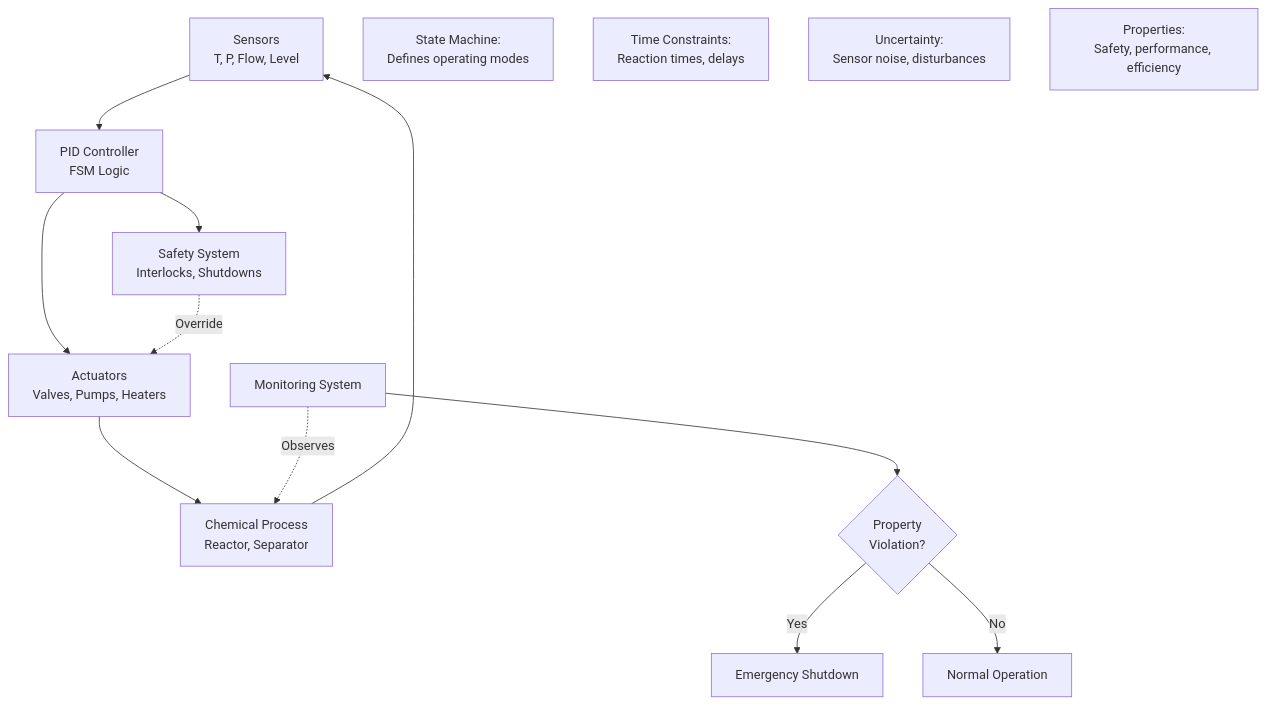
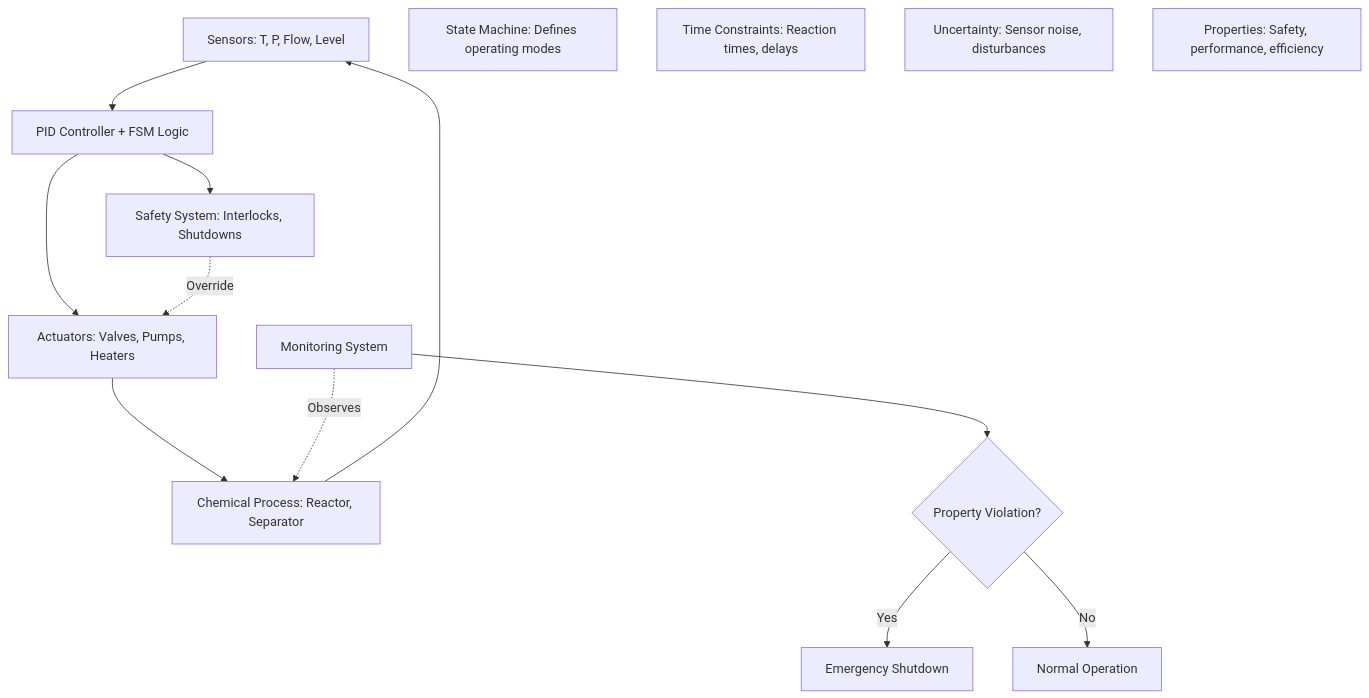
One commit to bhi5hmaraj/ai-risk-ttx changed diagram 12 of 13 in research/ai_futures/eli/engineering_graduate.md. Above: the diagram before and after it, drawn with Mermaid. The commit also changed other lines of this file and 8 other files, not shown here.

First line of the commit message:
fix: Remove all <br/> tags from Mermaid diagrams and add validation

````diff
--- a/research/ai_futures/eli/engineering_graduate.md
+++ b/research/ai_futures/eli/engineering_graduate.md
@@ -497,21 +497,21 @@
 ```mermaid
 flowchart TD
-    Sensors[Sensors<br/>T, P, Flow, Level]
-    --> Controller[PID Controller<br/>FSM Logic]
-    --> Actuators[Actuators<br/>Valves, Pumps, Heaters]
-    --> Process[Chemical Process<br/>Reactor, Separator]
+    Sensors[Sensors: T, P, Flow, Level]
+    --> Controller[PID Controller + FSM Logic]
+    --> Actuators[Actuators: Valves, Pumps, Heaters]
+    --> Process[Chemical Process: Reactor, Separator]
     --> Sensors
 
-    Controller --> Safety[Safety System<br/>Interlocks, Shutdowns]
+    Controller --> Safety[Safety System: Interlocks, Shutdowns]
     Safety -.->|Override| Actuators
 
     Monitor[Monitoring System] -.->|Observes| Process
-    Monitor --> Alarm{Property<br/>Violation?}
+    Monitor --> Alarm{Property Violation?}
     Alarm -->|Yes| SafetyOverride[Emergency Shutdown]
     Alarm -->|No| Continue[Normal Operation]
 
-    note1["State Machine:<br/>Defines operating modes"]
-    note2["Time Constraints:<br/>Reaction times, delays"]
-    note3["Uncertainty:<br/>Sensor noise, disturbances"]
-    note4["Properties:<br/>Safety, performance, efficiency"]
+    note1["State Machine: Defines operating modes"]
+    note2["Time Constraints: Reaction times, delays"]
+    note3["Uncertainty: Sensor noise, disturbances"]
+    note4["Properties: Safety, performance, efficiency"]
 ```
````
